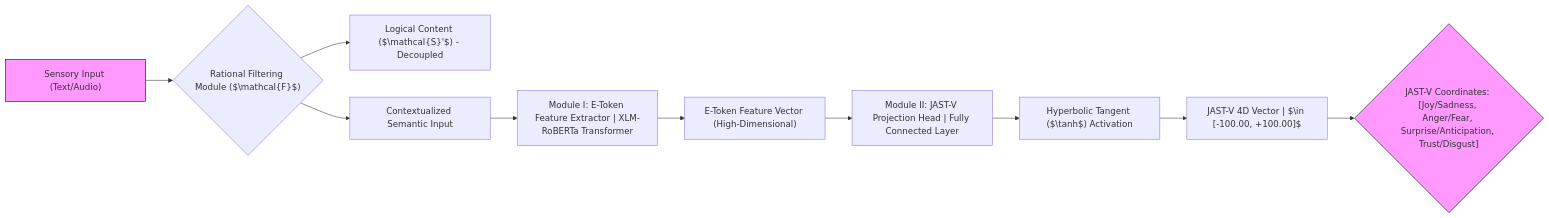
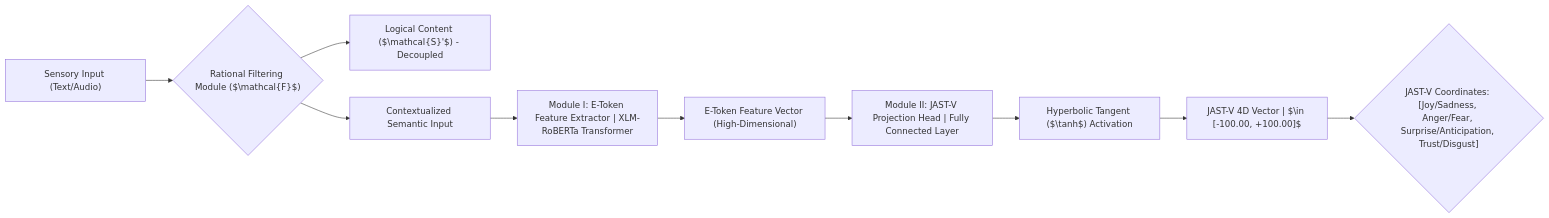
The second of 3 diagrams in README.md (76448-ORG/GPR-Protocol), drawn with Mermaid before and after one commit. The commit also changed other lines of this file, not shown here.

First line of the commit message:
Remove styles from JAST-V Model Architecture diagram

````diff
--- a/README.md
+++ b/README.md
@@ -151,14 +147,12 @@
 ```mermaid
 graph LR;
     A["Sensory Input (Text/Audio)"] --> B{"Rational Filtering Module ($\mathcal{F}$)"}
     B --> C["Logical Content ($\mathcal{S}'$) - Decoupled"]
     B --> D["Contextualized Semantic Input"]
     D --> E["Module I: E-Token Feature Extractor | XLM-RoBERTa Transformer"];
     E --> F["E-Token Feature Vector (High-Dimensional)"];
     F --> G["Module II: JAST-V Projection Head | Fully Connected Layer"];
     G --> H["Hyperbolic Tangent ($\tanh$) Activation"];
     H --> I["JAST-V 4D Vector | $\in [-100.00, +100.00]$"];
     I --> J{"JAST-V Coordinates: [Joy/Sadness, Anger/Fear, Surprise/Anticipation, Trust/Disgust]"};
-    style A fill:#f9f,stroke:#000
-    style J fill:#f9f,stroke:#000
 ```
````
